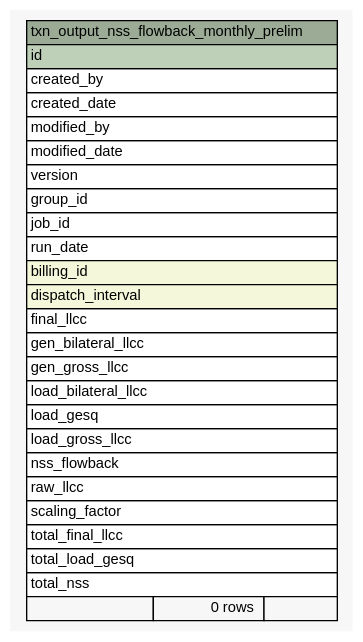
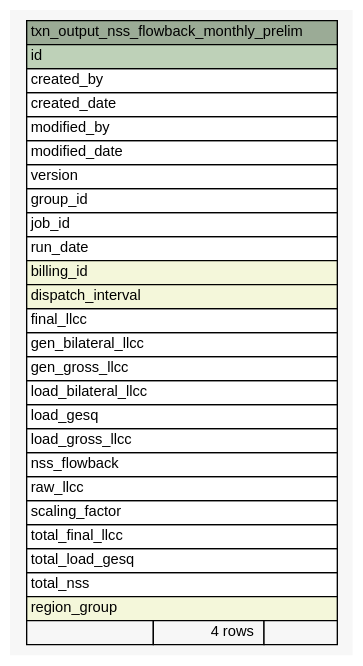
One commit to eyana-m/python-data-dictionary-writer changed the diagram in Data/settlement/diagrams/summary/txn_output_nss_flowback_monthly_prelim.1degree.dot. Above: the diagram before and after it, drawn with Graphviz. The commit also changed 715 other files, not shown here.

```diff
--- a/Data/settlement/diagrams/summary/txn_output_nss_flowback_monthly_prelim.1degree.dot
+++ b/Data/settlement/diagrams/summary/txn_output_nss_flowback_monthly_prelim.1degree.dot
@@ -1,52 +1,53 @@
-// dot 2.36.0 on Mac OS X 10.12.5
+// dot 2.36.0 on Mac OS X 10.12.6
 // SchemaSpy rev 590
 digraph "txn_output_nss_flowback_monthly_prelim" {
   graph [
     rankdir="RL"
     bgcolor="#f7f7f7"
     nodesep="0.18"
     ranksep="0.46"
     fontname="Helvetica"
     fontsize="11"
   ];
   node [
     fontname="Helvetica"
     fontsize="11"
     shape="plaintext"
   ];
   edge [
     arrowsize="0.8"
   ];
   "txn_output_nss_flowback_monthly_prelim" [
     label=<
     <TABLE BORDER="0" CELLBORDER="1" CELLSPACING="0" BGCOLOR="#ffffff">
       <TR><TD COLSPAN="3" BGCOLOR="#9bab96" ALIGN="CENTER">txn_output_nss_flowback_monthly_prelim</TD></TR>
       <TR><TD PORT="id" COLSPAN="3" BGCOLOR="#bed1b8" ALIGN="LEFT">id</TD></TR>
       <TR><TD PORT="created_by" COLSPAN="3" ALIGN="LEFT">created_by</TD></TR>
       <TR><TD PORT="created_date" COLSPAN="3" ALIGN="LEFT">created_date</TD></TR>
       <TR><TD PORT="modified_by" COLSPAN="3" ALIGN="LEFT">modified_by</TD></TR>
       <TR><TD PORT="modified_date" COLSPAN="3" ALIGN="LEFT">modified_date</TD></TR>
       <TR><TD PORT="version" COLSPAN="3" ALIGN="LEFT">version</TD></TR>
       <TR><TD PORT="group_id" COLSPAN="3" ALIGN="LEFT">group_id</TD></TR>
       <TR><TD PORT="job_id" COLSPAN="3" ALIGN="LEFT">job_id</TD></TR>
       <TR><TD PORT="run_date" COLSPAN="3" ALIGN="LEFT">run_date</TD></TR>
       <TR><TD PORT="billing_id" COLSPAN="3" BGCOLOR="#f4f7da" ALIGN="LEFT">billing_id</TD></TR>
       <TR><TD PORT="dispatch_interval" COLSPAN="3" BGCOLOR="#f4f7da" ALIGN="LEFT">dispatch_interval</TD></TR>
       <TR><TD PORT="final_llcc" COLSPAN="3" ALIGN="LEFT">final_llcc</TD></TR>
       <TR><TD PORT="gen_bilateral_llcc" COLSPAN="3" ALIGN="LEFT">gen_bilateral_llcc</TD></TR>
       <TR><TD PORT="gen_gross_llcc" COLSPAN="3" ALIGN="LEFT">gen_gross_llcc</TD></TR>
       <TR><TD PORT="load_bilateral_llcc" COLSPAN="3" ALIGN="LEFT">load_bilateral_llcc</TD></TR>
       <TR><TD PORT="load_gesq" COLSPAN="3" ALIGN="LEFT">load_gesq</TD></TR>
       <TR><TD PORT="load_gross_llcc" COLSPAN="3" ALIGN="LEFT">load_gross_llcc</TD></TR>
       <TR><TD PORT="nss_flowback" COLSPAN="3" ALIGN="LEFT">nss_flowback</TD></TR>
       <TR><TD PORT="raw_llcc" COLSPAN="3" ALIGN="LEFT">raw_llcc</TD></TR>
       <TR><TD PORT="scaling_factor" COLSPAN="3" ALIGN="LEFT">scaling_factor</TD></TR>
       <TR><TD PORT="total_final_llcc" COLSPAN="3" ALIGN="LEFT">total_final_llcc</TD></TR>
       <TR><TD PORT="total_load_gesq" COLSPAN="3" ALIGN="LEFT">total_load_gesq</TD></TR>
       <TR><TD PORT="total_nss" COLSPAN="3" ALIGN="LEFT">total_nss</TD></TR>
-      <TR><TD ALIGN="LEFT" BGCOLOR="#f7f7f7">  </TD><TD ALIGN="RIGHT" BGCOLOR="#f7f7f7">0 rows</TD><TD ALIGN="RIGHT" BGCOLOR="#f7f7f7">  </TD></TR>
+      <TR><TD PORT="region_group" COLSPAN="3" BGCOLOR="#f4f7da" ALIGN="LEFT">region_group</TD></TR>
+      <TR><TD ALIGN="LEFT" BGCOLOR="#f7f7f7">  </TD><TD ALIGN="RIGHT" BGCOLOR="#f7f7f7">4 rows</TD><TD ALIGN="RIGHT" BGCOLOR="#f7f7f7">  </TD></TR>
     </TABLE>>
     URL="tables/txn_output_nss_flowback_monthly_prelim.html"
     tooltip="txn_output_nss_flowback_monthly_prelim"
   ];
 }
```
